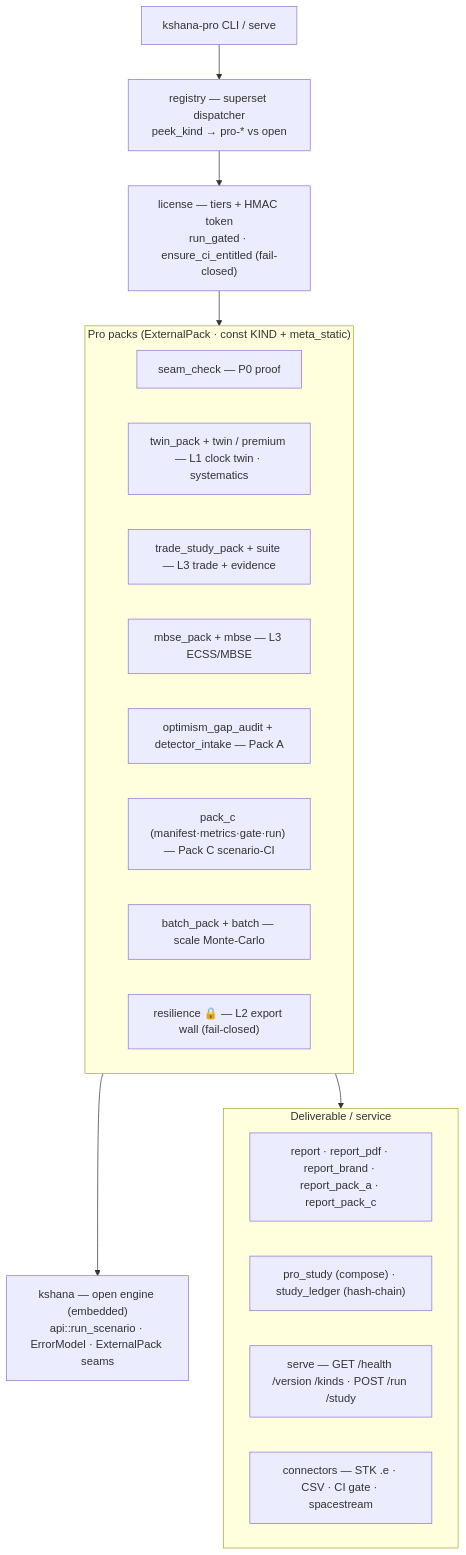
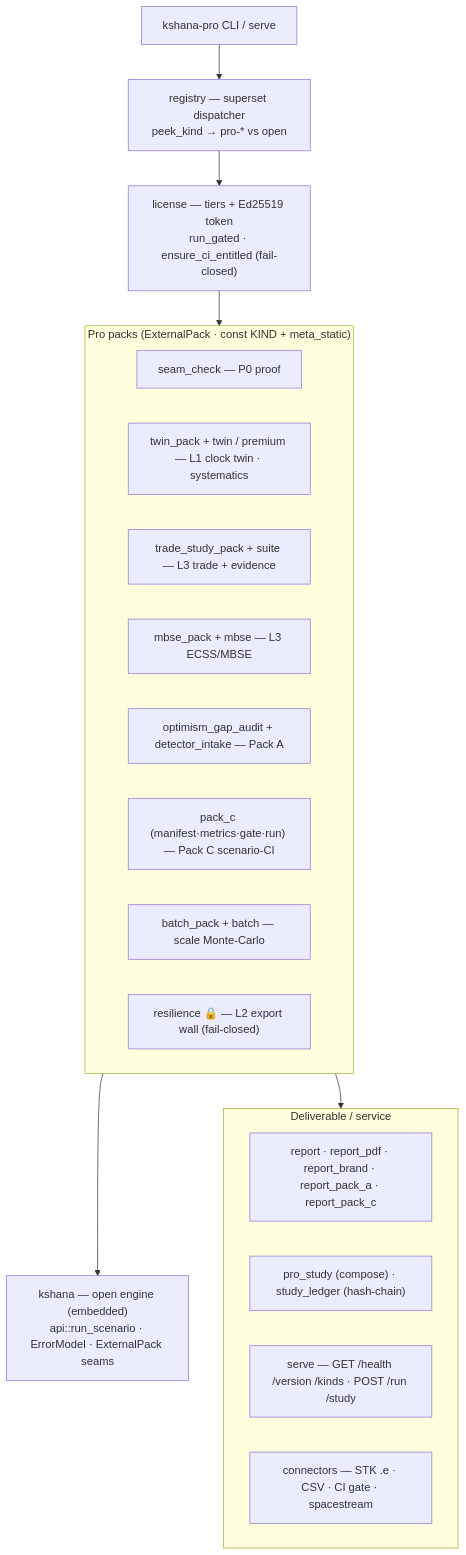
One commit to ashfordeOU/kshana-pro changed the first of 3 diagrams in docs/OVERLAY-ARCHITECTURE.md. Above: the diagram before and after it, drawn with Mermaid. The commit also changed 12 other files, not shown here.

````diff
--- a/docs/OVERLAY-ARCHITECTURE.md
+++ b/docs/OVERLAY-ARCHITECTURE.md
@@ -270,24 +270,24 @@
 ```mermaid
 flowchart TB
   CLI["kshana-pro CLI / serve"] --> REG["registry — superset dispatcher<br/>peek_kind → pro-* vs open"]
-  REG --> LIC["license — tiers + HMAC token<br/>run_gated · ensure_ci_entitled (fail-closed)"]
+  REG --> LIC["license — tiers + Ed25519 token<br/>run_gated · ensure_ci_entitled (fail-closed)"]
   LIC --> PACKS
   subgraph PACKS["Pro packs (ExternalPack · const KIND + meta_static)"]
     P1["seam_check — P0 proof"]
     P2["twin_pack + twin / premium — L1 clock twin · systematics"]
     P3["trade_study_pack + suite — L3 trade + evidence"]
     P4["mbse_pack + mbse — L3 ECSS/MBSE"]
     P5["optimism_gap_audit + detector_intake — Pack A"]
     P6["pack_c (manifest·metrics·gate·run) — Pack C scenario-CI"]
     P7["batch_pack + batch — scale Monte-Carlo"]
     PG["resilience 🔒 — L2 export wall (fail-closed)"]
   end
   PACKS --> OPEN["kshana — open engine (embedded)<br/>api::run_scenario · ErrorModel · ExternalPack seams"]
   PACKS --> DELIV
   subgraph DELIV["Deliverable / service"]
     R["report · report_pdf · report_brand · report_pack_a · report_pack_c"]
     PS["pro_study (compose) · study_ledger (hash-chain)"]
     SV["serve — GET /health /version /kinds · POST /run /study"]
     CN["connectors — STK .e · CSV · CI gate · spacestream"]
   end
 ```
````
